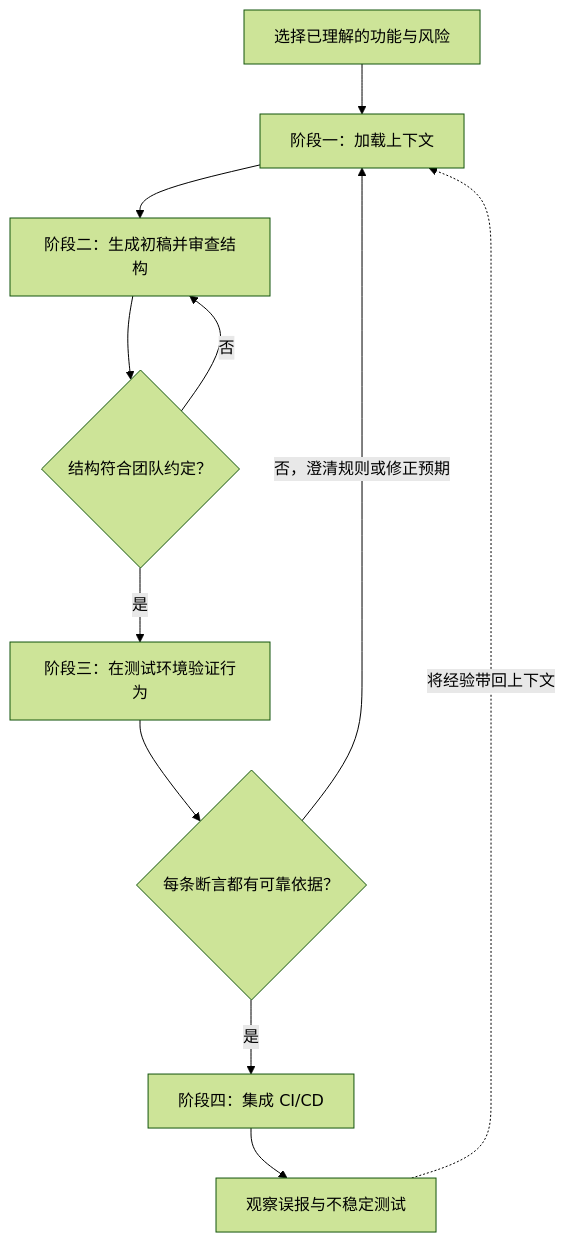
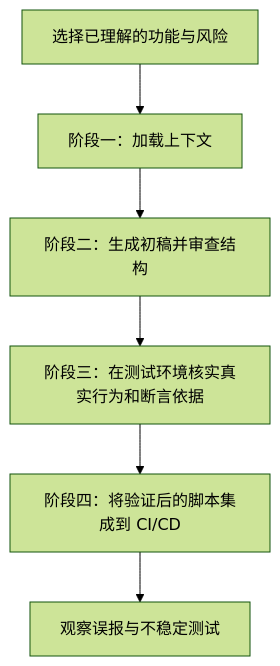
One commit to naodeng/naodeng.com.cn changed the second of 7 diagrams in src/blog/zh-cn/AI-Testing/from-script-writer-to-test-strategist.mdx. Above: the diagram before and after it, drawn with Mermaid (forest theme). The commit also changed other lines of this file and 10 other files, not shown here.

Commit message:
docs: review November blog diagrams

````diff
--- a/src/blog/zh-cn/AI-Testing/from-script-writer-to-test-strategist.mdx
+++ b/src/blog/zh-cn/AI-Testing/from-script-writer-to-test-strategist.mdx
@@ -40,13 +39,8 @@
 ```mermaid
 flowchart TD
     S[选择已理解的功能与风险] --> A[阶段一：加载上下文]
     A --> B[阶段二：生成初稿并审查结构]
-    B --> C{结构符合团队约定？}
-    C -- 否 --> B
-    C -- 是 --> D[阶段三：在测试环境验证行为]
-    D --> E{每条断言都有可靠依据？}
-    E -- 否，澄清规则或修正预期 --> A
-    E -- 是 --> F[阶段四：集成 CI/CD]
-    F --> G[观察误报与不稳定测试]
-    G -.将经验带回上下文.-> A
+    B --> C[阶段三：在测试环境核实真实行为和断言依据]
+    C --> D[阶段四：将验证后的脚本集成到 CI/CD]
+    D --> E[观察误报与不稳定测试]
 ```
````
